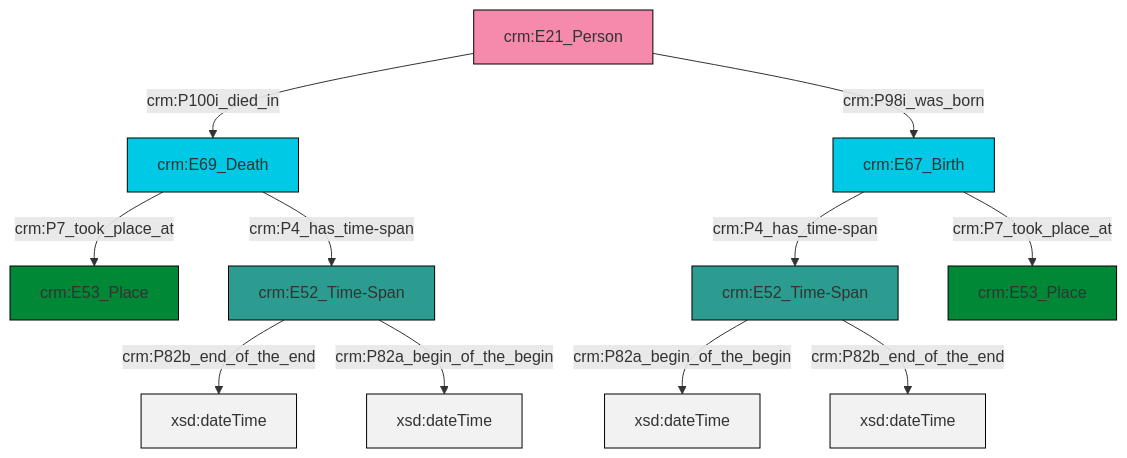
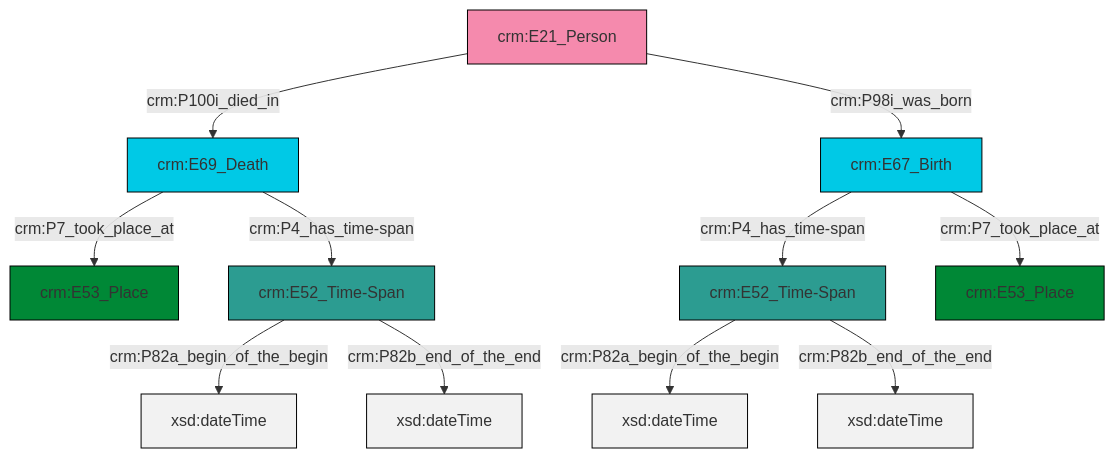
One commit to swiss-art-research-net/reference-data-models changed the diagram in et/personCSV/ttl/mmd/Person_Existence.ttl.mmd. Above: the diagram before and after it, drawn with Mermaid. The commit also changed 128 other files, not shown here.

```diff
--- a/et/personCSV/ttl/mmd/Person_Existence.ttl.mmd
+++ b/et/personCSV/ttl/mmd/Person_Existence.ttl.mmd
@@ -1,25 +1,25 @@
 graph TD
 classDef Literal fill:#f2f2f2,stroke:#000000;
 classDef CRM_Entity fill:#FFFFFF,stroke:#000000;
 classDef Temporal_Entity fill:#00C9E6, stroke:#000000;
 classDef Type fill:#E18312, stroke:#000000;
 classDef Time-Span fill:#2C9C91, stroke:#000000;
 classDef Appellation fill:#FFEB7F, stroke:#000000;
 classDef Place fill:#008836, stroke:#000000;
 classDef Persistent_Item fill:#B266B2, stroke:#000000;
 classDef Conceptual_Object fill:#FFD700, stroke:#000000;
 classDef Physical_Thing fill:#D2B48C, stroke:#000000;
 classDef Actor fill:#f58aad, stroke:#000000;
 classDef PC_Classes fill:#4ce600, stroke:#000000;
 classDef Multi fill:#cccccc,stroke:#000000;
 
-0["crm:E21_Person"]:::Actor -->|crm:P100i_died_in| 1["crm:E69_Death"]:::Temporal_Entity
-4["crm:E67_Birth"]:::Temporal_Entity -->|crm:P4_has_time-span| 2["crm:E52_Time-Span"]:::Time-Span
-4["crm:E67_Birth"]:::Temporal_Entity -->|crm:P7_took_place_at| 5["crm:E53_Place"]:::Place
-0["crm:E21_Person"]:::Actor -->|crm:P98i_was_born| 4["crm:E67_Birth"]:::Temporal_Entity
-2["crm:E52_Time-Span"]:::Time-Span -->|crm:P82a_begin_of_the_begin| 11[xsd:dateTime]:::Literal
-12["crm:E52_Time-Span"]:::Time-Span -->|crm:P82b_end_of_the_end| 13[xsd:dateTime]:::Literal
-1["crm:E69_Death"]:::Temporal_Entity -->|crm:P7_took_place_at| 8["crm:E53_Place"]:::Place
-1["crm:E69_Death"]:::Temporal_Entity -->|crm:P4_has_time-span| 12["crm:E52_Time-Span"]:::Time-Span
-12["crm:E52_Time-Span"]:::Time-Span -->|crm:P82a_begin_of_the_begin| 16[xsd:dateTime]:::Literal
+2["crm:E52_Time-Span"]:::Time-Span -->|crm:P82a_begin_of_the_begin| 3[xsd:dateTime]:::Literal
+7["crm:E21_Person"]:::Actor -->|crm:P100i_died_in| 8["crm:E69_Death"]:::Temporal_Entity
+8["crm:E69_Death"]:::Temporal_Entity -->|crm:P7_took_place_at| 0["crm:E53_Place"]:::Place
+10["crm:E52_Time-Span"]:::Time-Span -->|crm:P82a_begin_of_the_begin| 11[xsd:dateTime]:::Literal
+7["crm:E21_Person"]:::Actor -->|crm:P98i_was_born| 4["crm:E67_Birth"]:::Temporal_Entity
+10["crm:E52_Time-Span"]:::Time-Span -->|crm:P82b_end_of_the_end| 13[xsd:dateTime]:::Literal
+4["crm:E67_Birth"]:::Temporal_Entity -->|crm:P4_has_time-span| 10["crm:E52_Time-Span"]:::Time-Span
+8["crm:E69_Death"]:::Temporal_Entity -->|crm:P4_has_time-span| 2["crm:E52_Time-Span"]:::Time-Span
+4["crm:E67_Birth"]:::Temporal_Entity -->|crm:P7_took_place_at| 14["crm:E53_Place"]:::Place
 2["crm:E52_Time-Span"]:::Time-Span -->|crm:P82b_end_of_the_end| 17[xsd:dateTime]:::Literal
```
